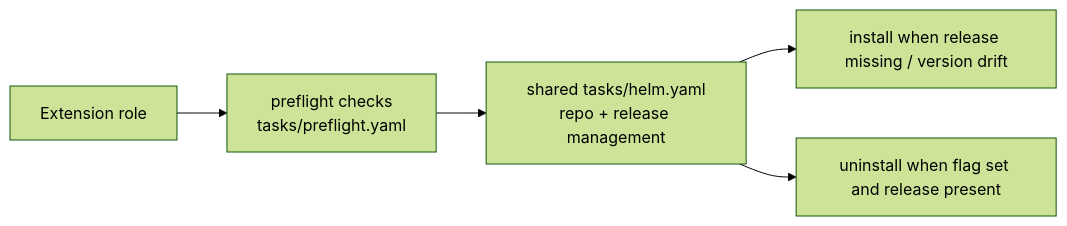
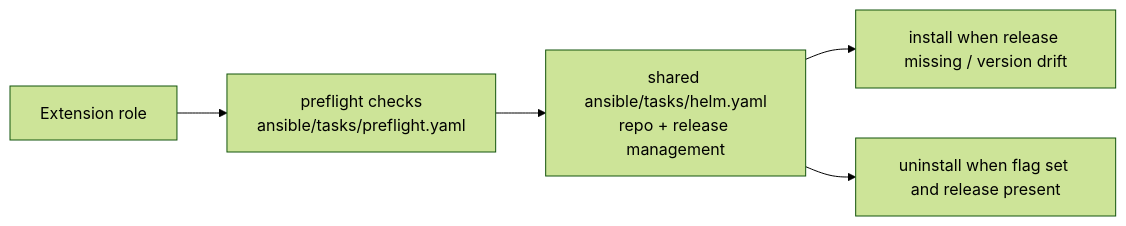
One commit to this-oliver/homelab changed the fourth of 5 diagrams in docs/architecture.md. Above: the diagram before and after it, drawn with Mermaid (forest theme). The commit also changed other lines of this file and 82 other files, not shown here.

````diff
--- a/docs/architecture.md
+++ b/docs/architecture.md
@@ -94,7 +94,7 @@
 ```mermaid
 flowchart LR
-    Role[Extension role] --> Pre[preflight checks<br/>tasks/preflight.yaml]
-    Pre --> Shared[shared tasks/helm.yaml<br/>repo + release management]
+    Role[Extension role] --> Pre[preflight checks<br/>ansible/tasks/preflight.yaml]
+    Pre --> Shared[shared ansible/tasks/helm.yaml<br/>repo + release management]
     Shared --> Install[install when release missing / version drift]
     Shared --> Uninstall[uninstall when flag set and release present]
 ```
````
